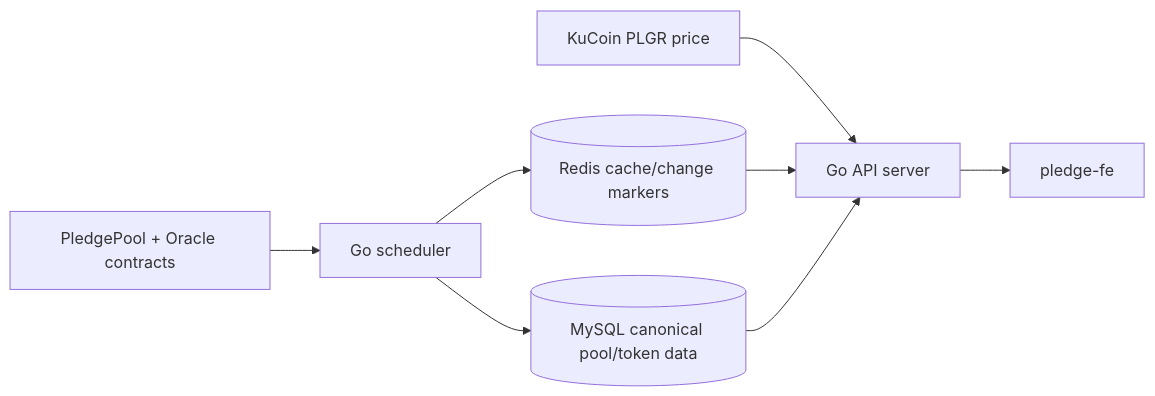
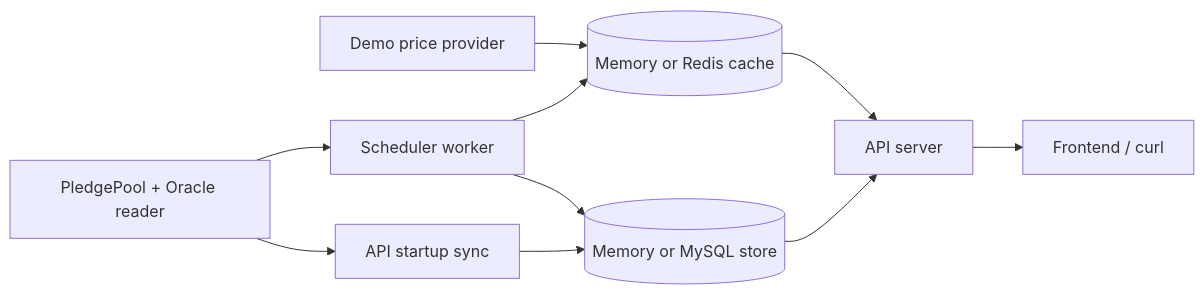
The diagram in pledgev2-rebackend/README.md (LiamZhuangDev/pledge-protocol-breakdown), drawn with Mermaid before and after one commit. The commit also changed other lines of this file and 9 other files, not shown here.

Commit message:
backend rebuild redis caching for PLGR prices

````diff
--- a/pledgev2-rebackend/README.md
+++ b/pledgev2-rebackend/README.md
@@ -10,10 +10,12 @@
 ```mermaid
 flowchart LR
-  Contract[PledgePool + Oracle contracts] --> Scheduler[Go scheduler]
-  Scheduler --> MySQL[(MySQL canonical pool/token data)]
-  Scheduler --> Redis[(Redis cache/change markers)]
-  KuCoin[KuCoin PLGR price] --> API[Go API server]
-  Redis --> API
-  MySQL --> API
-  API --> Frontend[pledge-fe]
+  Contract[PledgePool + Oracle reader] --> Scheduler[Scheduler worker]
+  Contract --> APIBootstrap[API startup sync]
+  Scheduler --> Store[(Memory or MySQL store)]
+  APIBootstrap --> Store
+  Price[Demo price provider] --> Cache[(Memory or Redis cache)]
+  Cache --> API[API server]
+  Scheduler --> Cache
+  Store --> API
+  API --> Frontend[Frontend / curl]
 ```
````
